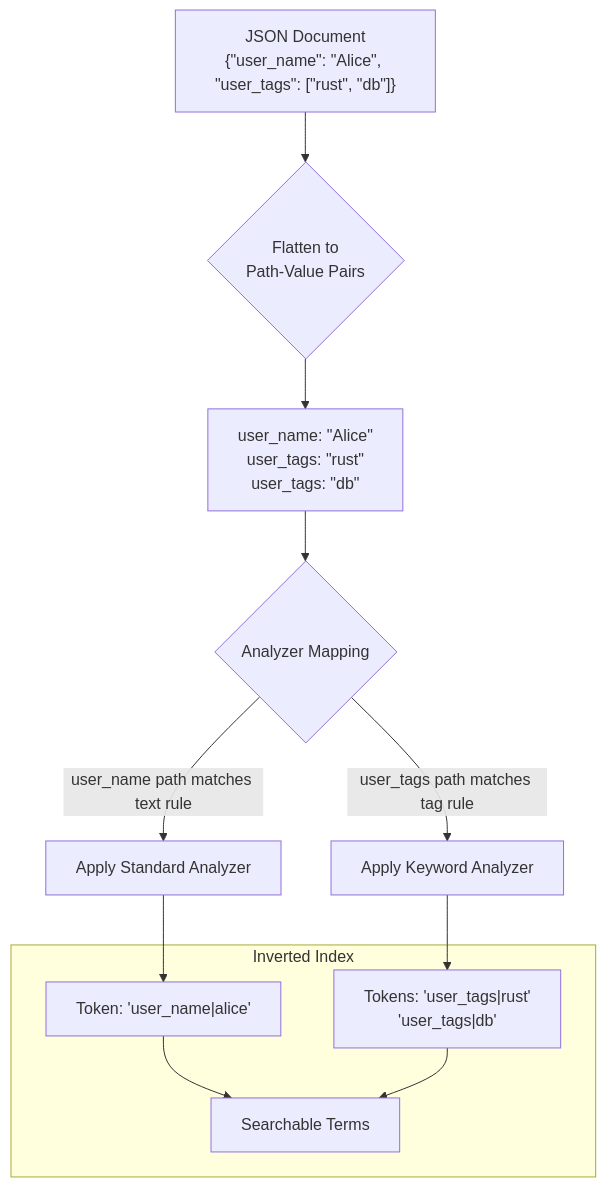
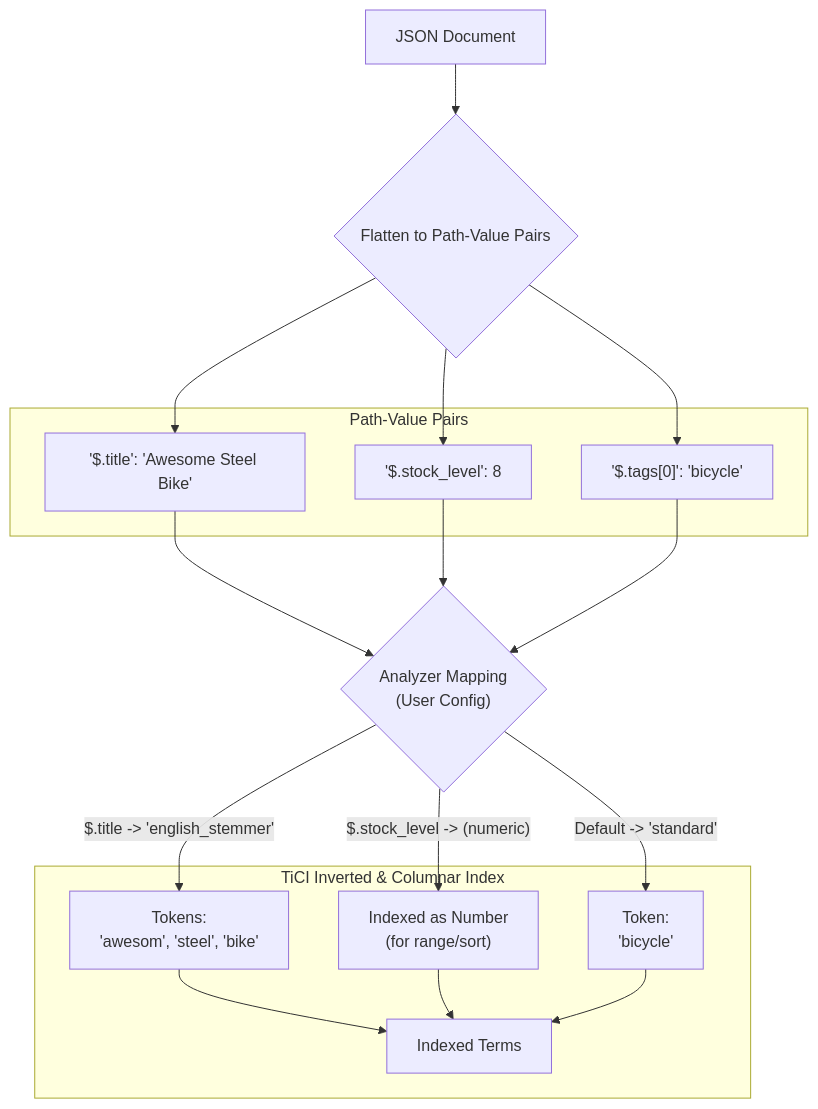
The first of 3 diagrams in TiCI_JSON_Support_Proposal.md (kolafish/tantivy), drawn with Mermaid before and after one commit. The commit also changed other lines of this file, not shown here.

````diff
--- a/TiCI_JSON_Support_Proposal.md
+++ b/TiCI_JSON_Support_Proposal.md
@@ -19,14 +124,24 @@
 ```mermaid
 graph TD
-    A["JSON Document<br/>{&quot;user_name&quot;: &quot;Alice&quot;, &quot;user_tags&quot;: [&quot;rust&quot;, &quot;db&quot;]}"] --> B{"Flatten to<br/>Path-Value Pairs"};
-    B --> C["user_name: &quot;Alice&quot;<br/>user_tags: &quot;rust&quot;<br/>user_tags: &quot;db&quot;"];
-    C --> D{"Analyzer Mapping"};
-    D -- "user_name path matches text rule" --> E["Apply Standard Analyzer"];
-    D -- "user_tags path matches tag rule" --> F["Apply Keyword Analyzer"];
-    E --> G["Token: 'user_name|alice'"];
-    F --> H["Tokens: 'user_tags|rust'<br/>'user_tags|db'"];
-    subgraph Inverted Index
-        G --> I[Searchable Terms]
-        H --> I
+    A["JSON Document"] --> B{"Flatten to Path-Value Pairs"};
+    subgraph "Path-Value Pairs"
+        C["'$.title': 'Awesome Steel Bike'"]
+        D["'$.stock_level': 8"]
+        E["'$.tags[0]': 'bicycle'"]
+    end
+    B --> C & D & E
+
+    C --> F{"Analyzer Mapping<br/>(User Config)"};
+    D --> F;
+    E --> F;
+
+    F -- "$.title -> 'english_stemmer'" --> G["Tokens:<br/>'awesom', 'steel', 'bike'"]
+    F -- "$.stock_level -> (numeric)" --> H["Indexed as Number<br/>(for range/sort)"]
+    F -- "Default -> 'standard'" --> I["Token:<br/>'bicycle'"]
+
+    subgraph "TiCI Inverted & Columnar Index"
+        G --> J[Indexed Terms]
+        H --> J
+        I --> J
     end
 ```
````
